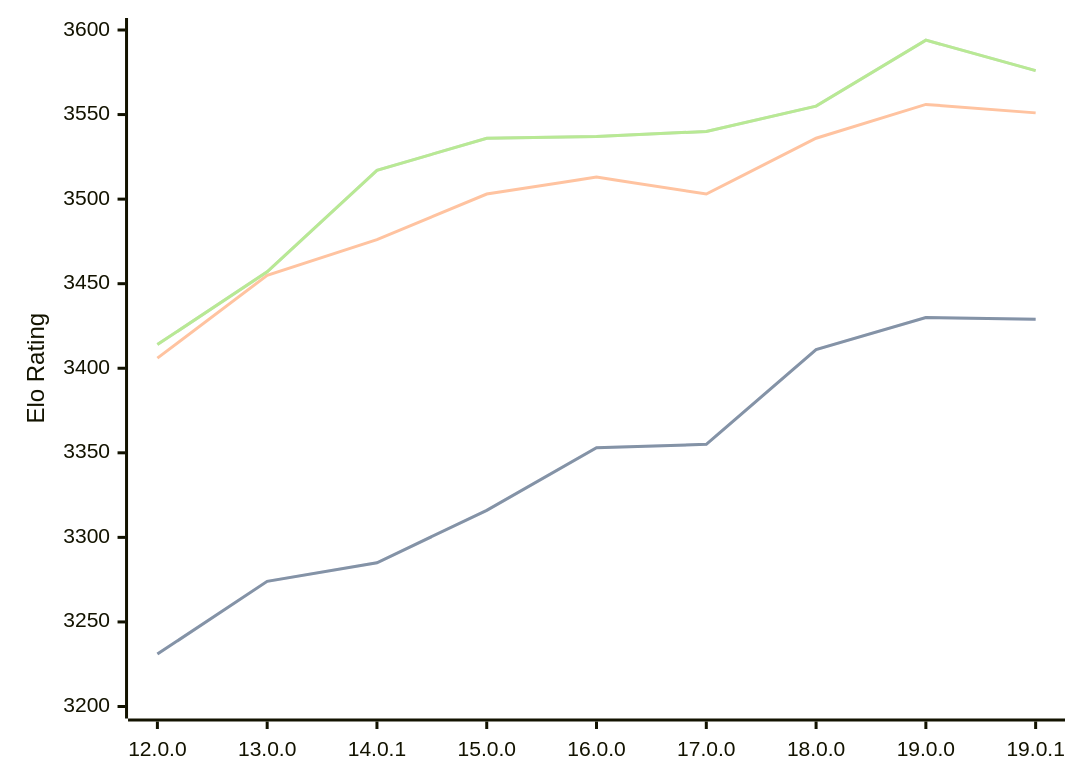
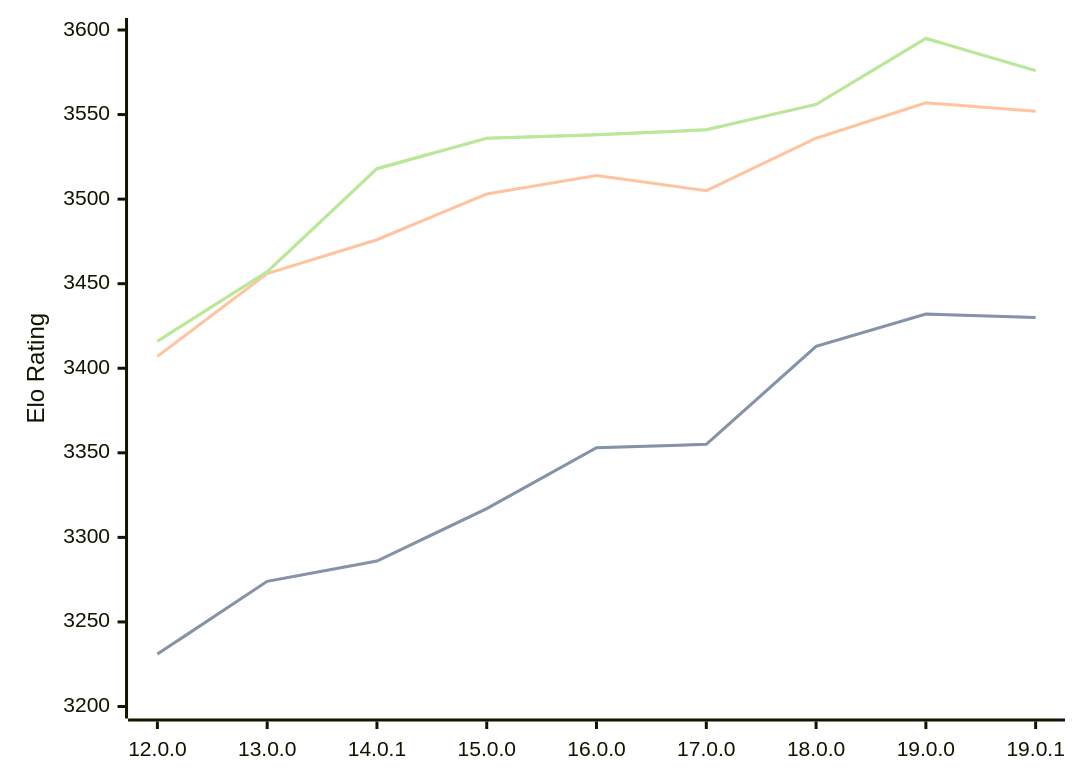
One commit to computer-chess-index/cci changed the diagram in engines/Viridithas.md. Above: the diagram before and after it, drawn with Mermaid. The commit also changed other lines of this file, not shown here.

Commit message:
Update CCI Ratings (ELO VLTC) - 2026-03-28

````diff
--- a/engines/Viridithas.md
+++ b/engines/Viridithas.md
@@ -63,11 +63,11 @@
 ```mermaid
 %%{init: {"theme":"base","themeVariables":{"seriesColors:['#a3a3a3','#222221','#faa371']}}}%%
 xychart-beta
   x-axis ["12.0.0", "13.0.0", "14.0.1", "15.0.0", "16.0.0", "17.0.0", "18.0.0", "19.0.0", "19.0.1"]
   y-axis "Elo Rating" 3200 --> 3600
-  line "STC (8.0+0.08s)" [3231, 3274, 3285, 3316, 3353, 3355, 3411, 3430, 3429]
-  line "STC (8.0+0.08s)" [3231, 3274, 3285, 3316, 3353, 3355, 3411, 3430, 3429]
-  line "LTC (60.0+0.60s)" [3406, 3455, 3476, 3503, 3513, 3503, 3536, 3556, 3551]
-  line "VLTC (2m24s+1.12s)" [3414, 3457, 3517, 3536, 3537, 3540, 3555, 3594, 3576]
-  line "VLTC (2m24s+1.12s)" [3414, 3457, 3517, 3536, 3537, 3540, 3555, 3594, 3576]
+  line "STC (8.0+0.08s)" [3231, 3274, 3286, 3317, 3353, 3355, 3413, 3432, 3430]
+  line "STC (8.0+0.08s)" [3231, 3274, 3286, 3317, 3353, 3355, 3413, 3432, 3430]
+  line "LTC (60.0+0.60s)" [3407, 3456, 3476, 3503, 3514, 3505, 3536, 3557, 3552]
+  line "VLTC (2m24s+1.12s)" [3416, 3457, 3518, 3536, 3538, 3541, 3556, 3595, 3576]
+  line "VLTC (2m24s+1.12s)" [3416, 3457, 3518, 3536, 3538, 3541, 3556, 3595, 3576]
 ```
````
